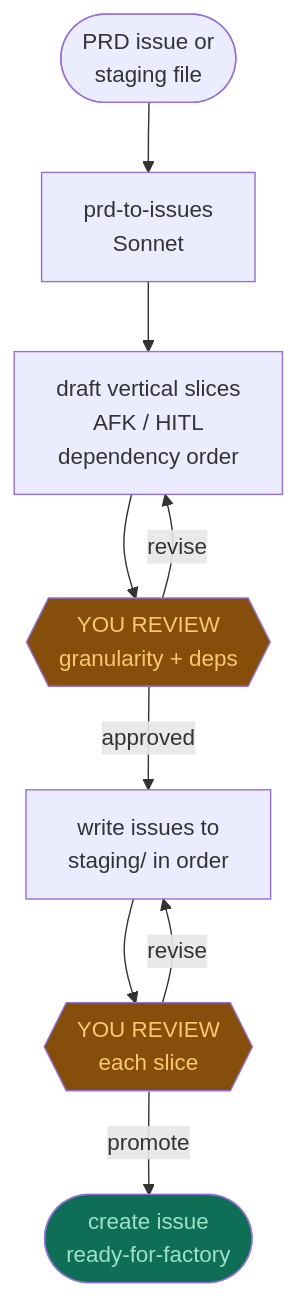
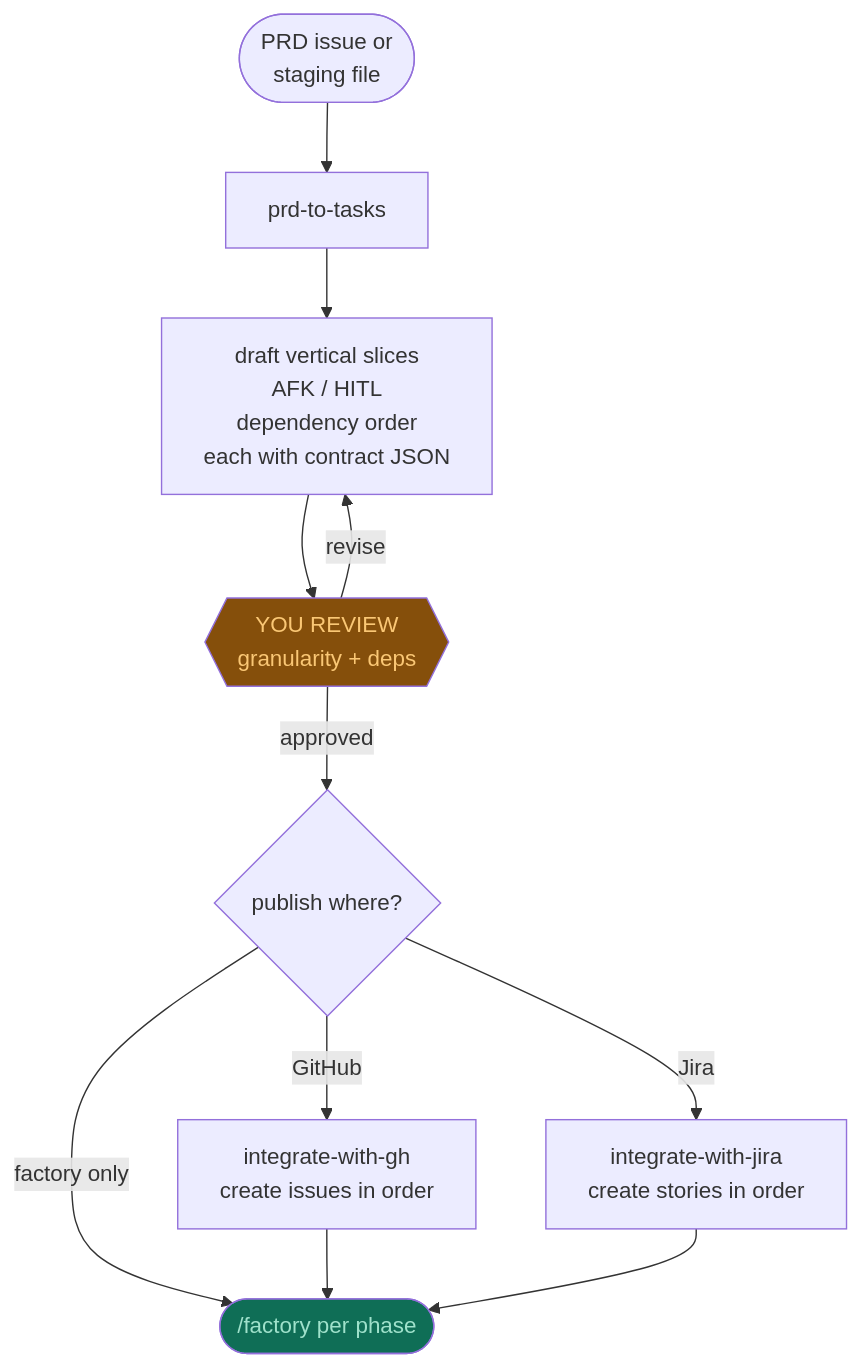
The third of 5 diagrams in claude/factory/README.md (scott2011hughes/geonosis-devtools), drawn with Mermaid before and after one commit. The commit also changed other lines of this file and 16 other files, not shown here.

````diff
--- a/claude/factory/README.md
+++ b/claude/factory/README.md
@@ -222,14 +250,15 @@
 ```mermaid
 flowchart TD
-    A([PRD issue or\nstaging file]) --> B[prd-to-issues\nSonnet]
-    B --> C[draft vertical slices\nAFK / HITL\ndependency order]
+    A([PRD issue or\nstaging file]) --> B[prd-to-tasks]
+    B --> C[draft vertical slices\nAFK / HITL\ndependency order\neach with contract JSON]
     C --> D{{YOU REVIEW\ngranularity + deps}}
     D -- revise --> C
-    D -- approved --> E[write issues to\nstaging/ in order]
-    E --> F{{YOU REVIEW\neach slice}}
-    F -- promote --> G([create issue\nready-for-factory])
-    F -- revise --> E
+    D -- approved --> E{publish where?}
+    E -- GitHub --> F[integrate-with-gh\ncreate issues in order]
+    E -- Jira --> G[integrate-with-jira\ncreate stories in order]
+    E -- factory only --> H([/factory per phase])
+    F --> H
+    G --> H
     style D fill:#854F0B,color:#FAC775
-    style F fill:#854F0B,color:#FAC775
-    style G fill:#0F6E56,color:#9FE1CB
+    style H fill:#0F6E56,color:#9FE1CB
 ```
````
